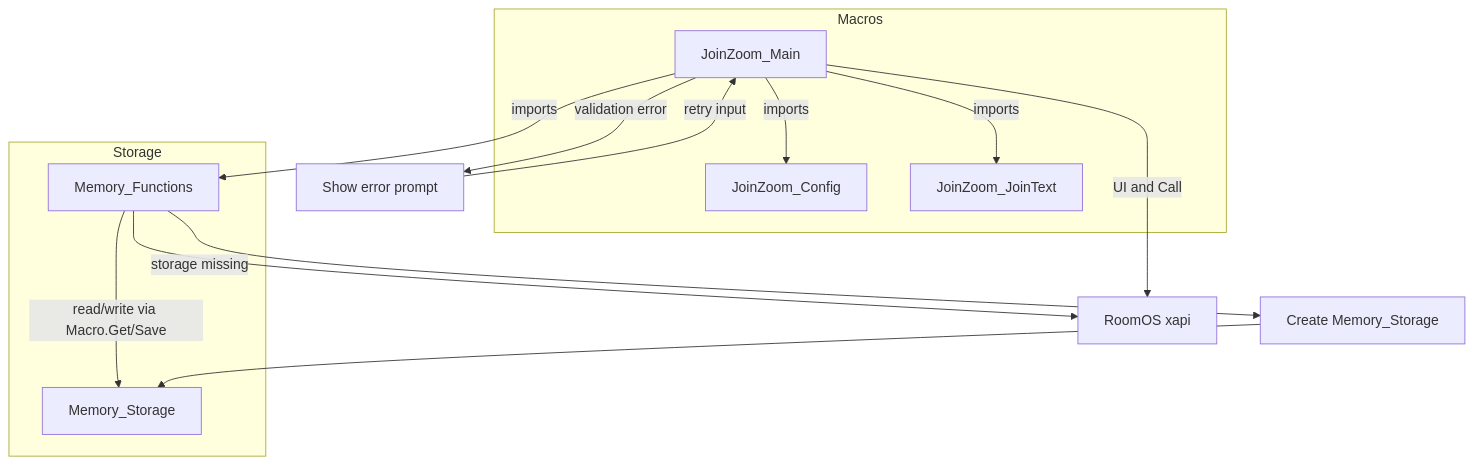
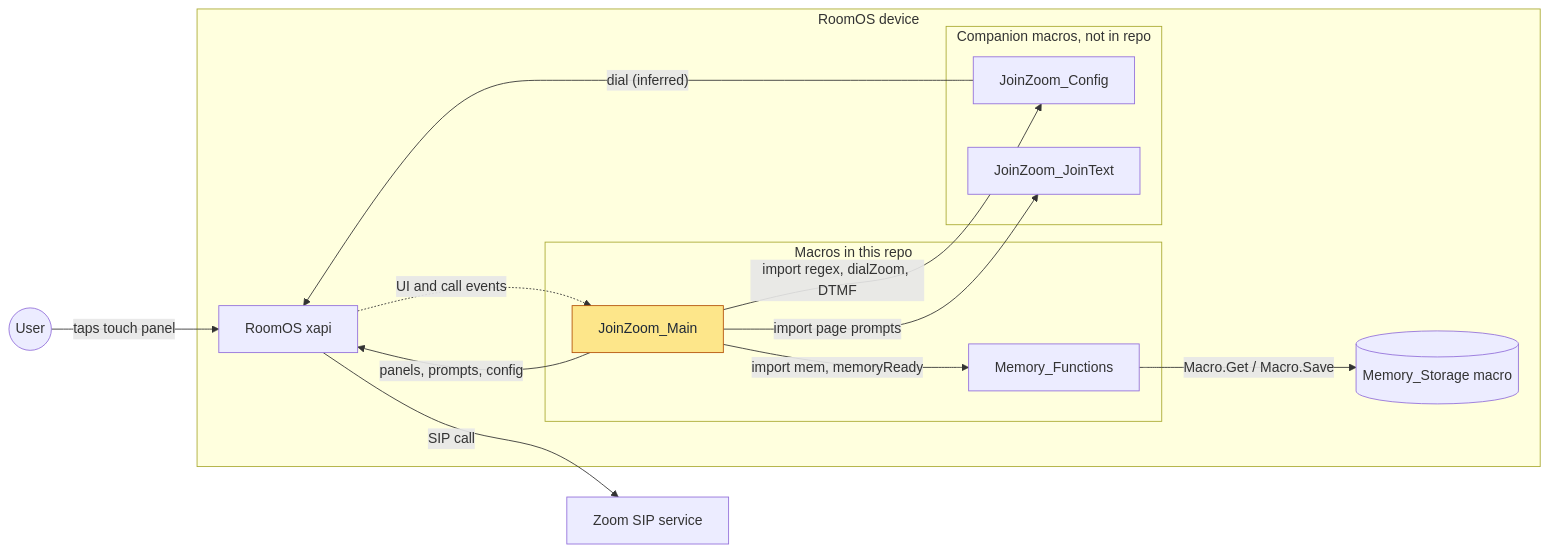
Before and after one commit to sebastianspicker/roomos-join-zoom-quickjs-fix: the first of 4 diagrams in README.md, drawn with Mermaid. The commit also changed other lines of this file and 9 other files, not shown here.

````diff
--- a/README.md
+++ b/README.md
@@ -15,23 +34,28 @@
 ```mermaid
-flowchart TB
-  subgraph macros [Macros]
-    Main[JoinZoom_Main]
-    Config[JoinZoom_Config]
-    JoinText[JoinZoom_JoinText]
+flowchart LR
+  user((User))
+  subgraph device [RoomOS device]
+    subgraph repo [Macros in this repo]
+      Main[JoinZoom_Main]
+      MemFn[Memory_Functions]
+    end
+    subgraph companion [Companion macros, not in repo]
+      Config[JoinZoom_Config]
+      JoinText[JoinZoom_JoinText]
+    end
+    MemStore[(Memory_Storage macro)]
+    xapi[RoomOS xapi]
   end
-  subgraph storage [Storage]
-    MemFn[Memory_Functions]
-    MemStore[Memory_Storage]
-  end
-  xapi[RoomOS xapi]
-  Main -->|imports| Config
-  Main -->|imports| JoinText
-  Main -->|imports| MemFn
-  Main -->|UI and Call| xapi
-  Main -->|validation error| UiFail[Show error prompt]
-  UiFail -->|retry input| Main
-  MemFn -->|read/write via Macro.Get/Save| MemStore
-  MemFn -->|storage missing| StoreRecreate[Create Memory_Storage]
-  StoreRecreate --> MemStore
-  MemFn --> xapi
+  zoom[Zoom SIP service]
+  user -->|taps touch panel| xapi
+  xapi -.->|UI and call events| Main
+  Main -->|"import regex, dialZoom, DTMF"| Config
+  Main -->|"import page prompts"| JoinText
+  Main -->|"import mem, memoryReady"| MemFn
+  Main -->|"panels, prompts, config"| xapi
+  Config -->|"dial (inferred)"| xapi
+  MemFn -->|"Macro.Get / Macro.Save"| MemStore
+  xapi -->|SIP call| zoom
+  classDef focus fill:#fde68a,stroke:#b45309,color:#1f2937
+  class Main focus
 ```
````
